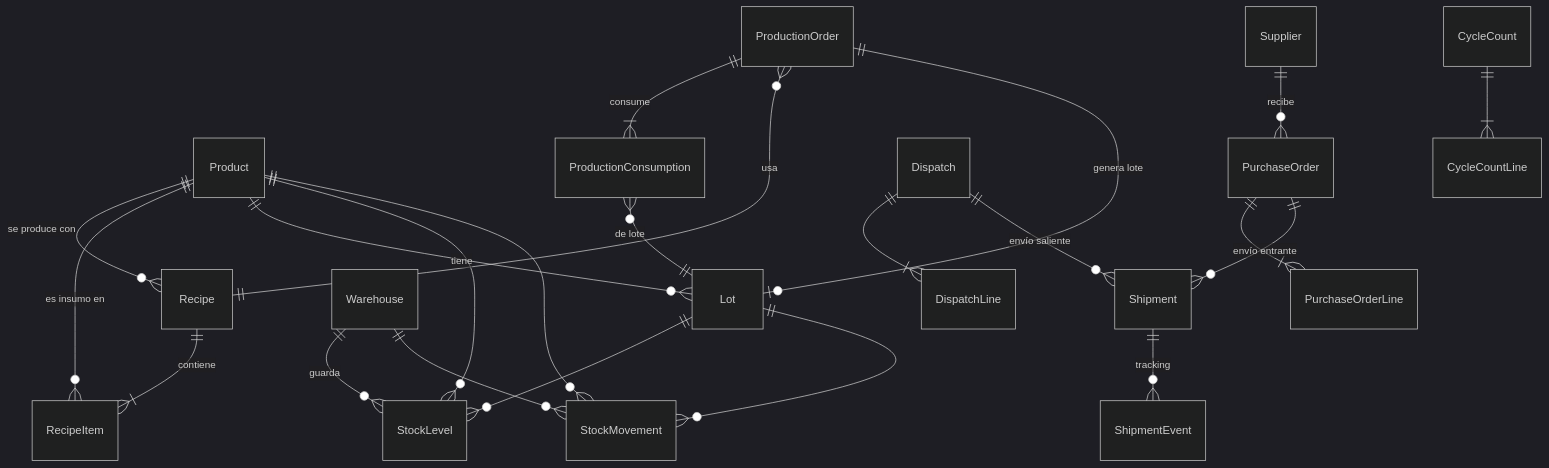
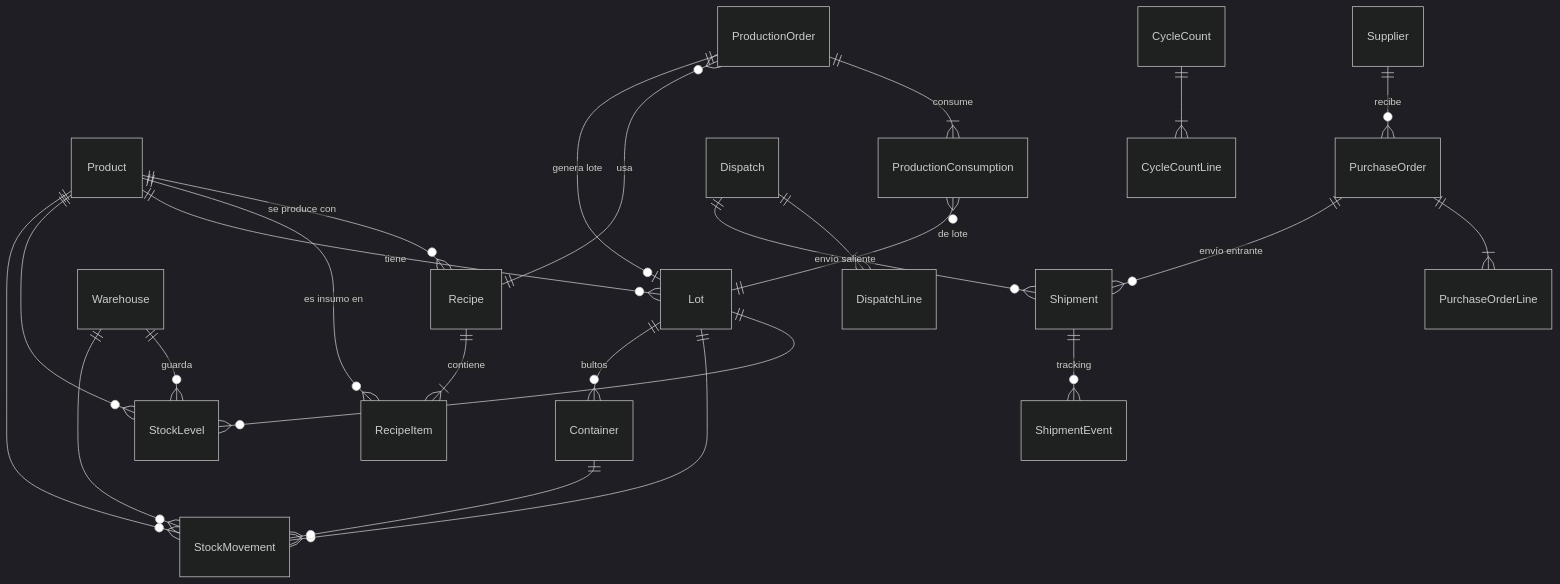
One commit to juligomez-ai/Prueba-inventariof changed the sixth of 6 diagrams in README.md. Above: the diagram before and after it, drawn with Mermaid (dark theme). The commit also changed other lines of this file, not shown here.

````diff
--- a/README.md
+++ b/README.md
@@ -674,24 +705,26 @@
 ```mermaid
 erDiagram
   Product ||--o{ Recipe : "se produce con"
   Recipe ||--|{ RecipeItem : contiene
   Product ||--o{ RecipeItem : "es insumo en"
   Product ||--o{ Lot : tiene
   Warehouse ||--o{ StockLevel : guarda
   Product ||--o{ StockLevel : ""
   Lot ||--o{ StockLevel : ""
   Product ||--o{ StockMovement : ""
   Lot ||--o{ StockMovement : ""
+  Lot ||--o{ Container : "bultos"
+  Container ||--o{ StockMovement : ""
   Warehouse ||--o{ StockMovement : ""
   ProductionOrder ||--|{ ProductionConsumption : consume
   ProductionOrder }o--|| Recipe : usa
   ProductionOrder ||--o| Lot : "genera lote"
   ProductionConsumption }o--|| Lot : "de lote"
   Supplier ||--o{ PurchaseOrder : recibe
   PurchaseOrder ||--|{ PurchaseOrderLine : ""
   PurchaseOrder ||--o{ Shipment : "envío entrante"
   Dispatch ||--|{ DispatchLine : ""
   Dispatch ||--o{ Shipment : "envío saliente"
   Shipment ||--o{ ShipmentEvent : tracking
   CycleCount ||--|{ CycleCountLine : ""
 ```
````
